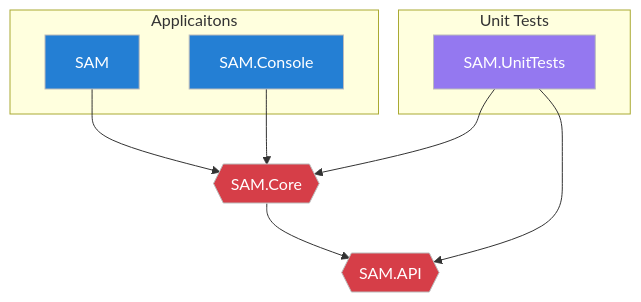
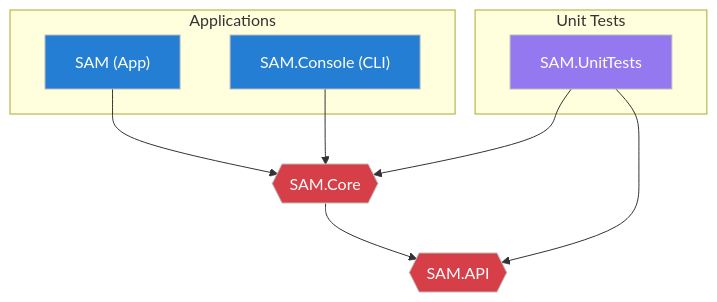
One commit to ZackTheGrumpy/SAM-Wannabe changed the diagram in README.md. Above: the diagram before and after it, drawn with Mermaid. The commit also changed other lines of this file and 1 other file, not shown here.

````diff
--- a/README.md
+++ b/README.md
@@ -61,21 +64,21 @@
 ```mermaid
 %%{init: {"flowchart": {"htmlLabels": false, "width": "100%"}} }%%
 flowchart TB
-    subgraph Applicaitons
-        S["SAM"]:::app
-        SM["SAM.Console"]:::app
+    subgraph Applications
+        S["SAM (App)"]:::app
+        SM["SAM.Console (CLI)"]:::app
     end
     subgraph Unit Tests
       SU["SAM.UnitTests"]:::unitTests
     end
     SC{{"SAM.Core"}}:::library
     SA{{"SAM.API"}}:::library
     S --> SC
     SM --> SC
     SC --> SA
     SU --> SC
     SU --> SA
     classDef app fill:#247FD4,stroke:#bbb,stroke-width:1px,color:#fff
     classDef library fill:#D63E48,stroke:#bbb,stroke-width:1px,color:#fff
     classDef unitTests fill:#9478F0,stroke:#bbb,stroke-width:1px,color:#fff
 ```
````
